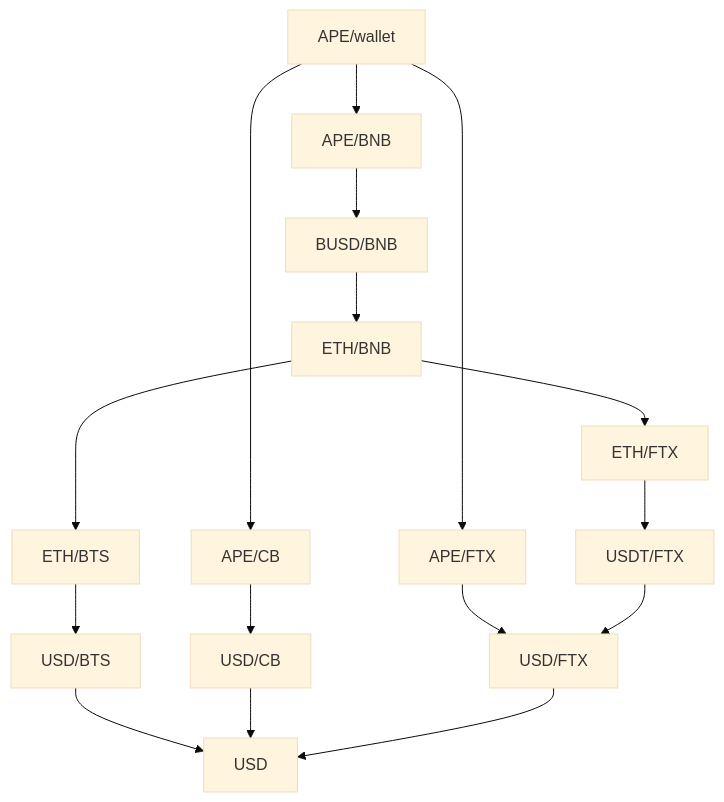
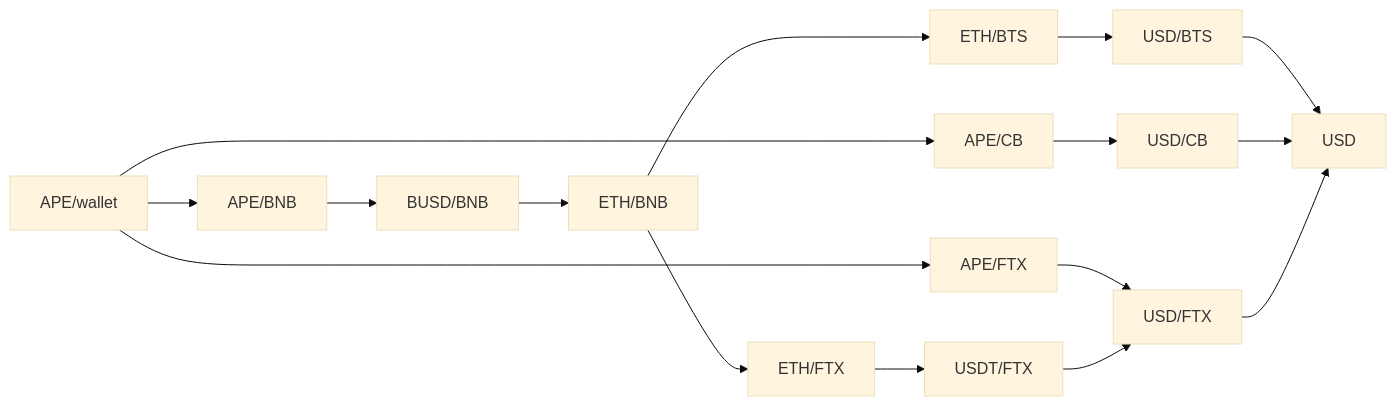
Before and after one commit to Ramzgate/sense: the second of 2 diagrams in README.md, drawn with Mermaid (base theme).

````diff
--- a/README.md
+++ b/README.md
@@ -27,18 +27,18 @@
 ```mermaid
-graph TD
+graph LR
   A["ETH/BNB"] --> B["ETH/BTS"]
   B --> C["USD/BTS"]
   C --> D[USD]
   E["APE/BNB"] --> F["BUSD/BNB"]
   F --> A
   G["APE/wallet"] --> H["APE/FTX"]
   H --> I["USD/FTX"]
   G --> J["APE/CB"]
   J --> K["USD/CB"]
   K --> D
   G --> E
   A --> L["ETH/FTX"]
   L --> M["USDT/FTX"]
   M --> I
   I --> D
 ```
````
